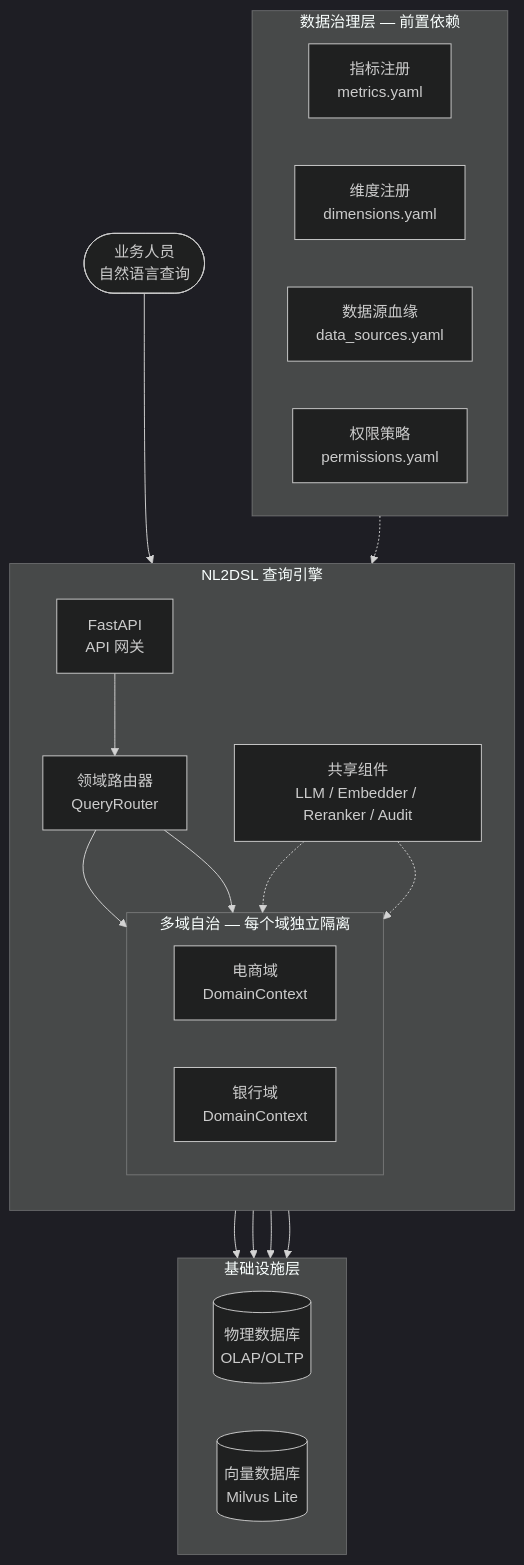
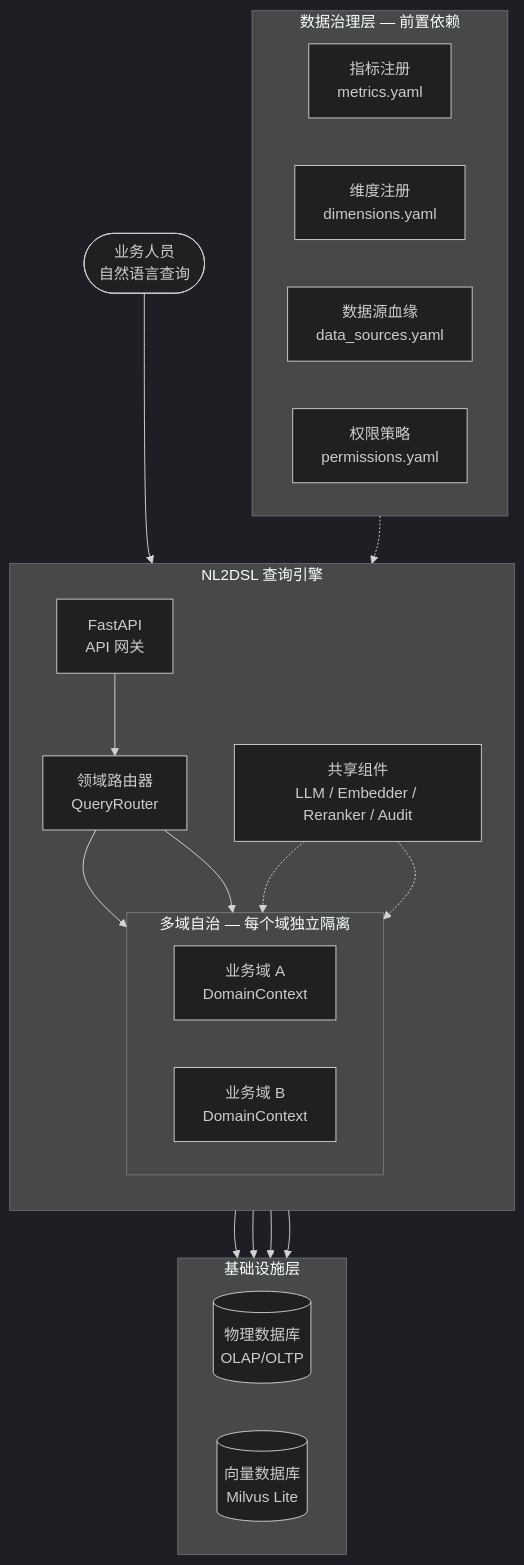
One commit to kobegy248/nl2dsl-engine changed the first of 2 diagrams in README.md. Above: the diagram before and after it, drawn with Mermaid (dark theme). The commit also changed other lines of this file, not shown here.

Commit message:
docs: replace concrete domain names with abstract placeholders

````diff
--- a/README.md
+++ b/README.md
@@ -76,40 +76,40 @@
 ```mermaid
 flowchart TB
     User([业务人员<br/>自然语言查询])
 
     subgraph Engine["NL2DSL 查询引擎"]
         direction TB
         API[FastAPI<br/>API 网关]
         Router[领域路由器<br/>QueryRouter]
 
         subgraph Domains["多域自治 — 每个域独立隔离"]
             direction LR
-            EC["电商域<br/>DomainContext"]
-            BK["银行域<br/>DomainContext"]
+            EC["业务域 A<br/>DomainContext"]
+            BK["业务域 B<br/>DomainContext"]
         end
 
         Shared[共享组件<br/>LLM / Embedder / Reranker / Audit]
     end
 
     subgraph Governance["数据治理层 — 前置依赖"]
         direction LR
         M[指标注册<br/>metrics.yaml]
         D[维度注册<br/>dimensions.yaml]
         DS[数据源血缘<br/>data_sources.yaml]
         P[权限策略<br/>permissions.yaml]
     end
 
     subgraph Infra["基础设施层"]
         direction LR
         DB[(物理数据库<br/>OLAP/OLTP)]
         Vec[(向量数据库<br/>Milvus Lite)]
     end
 
     User --> API
     API --> Router
     Router --> EC & BK
     EC & BK --> DB
     EC & BK --> Vec
     Shared -.-> EC & BK
     Governance -.-> Engine
 ```
````
